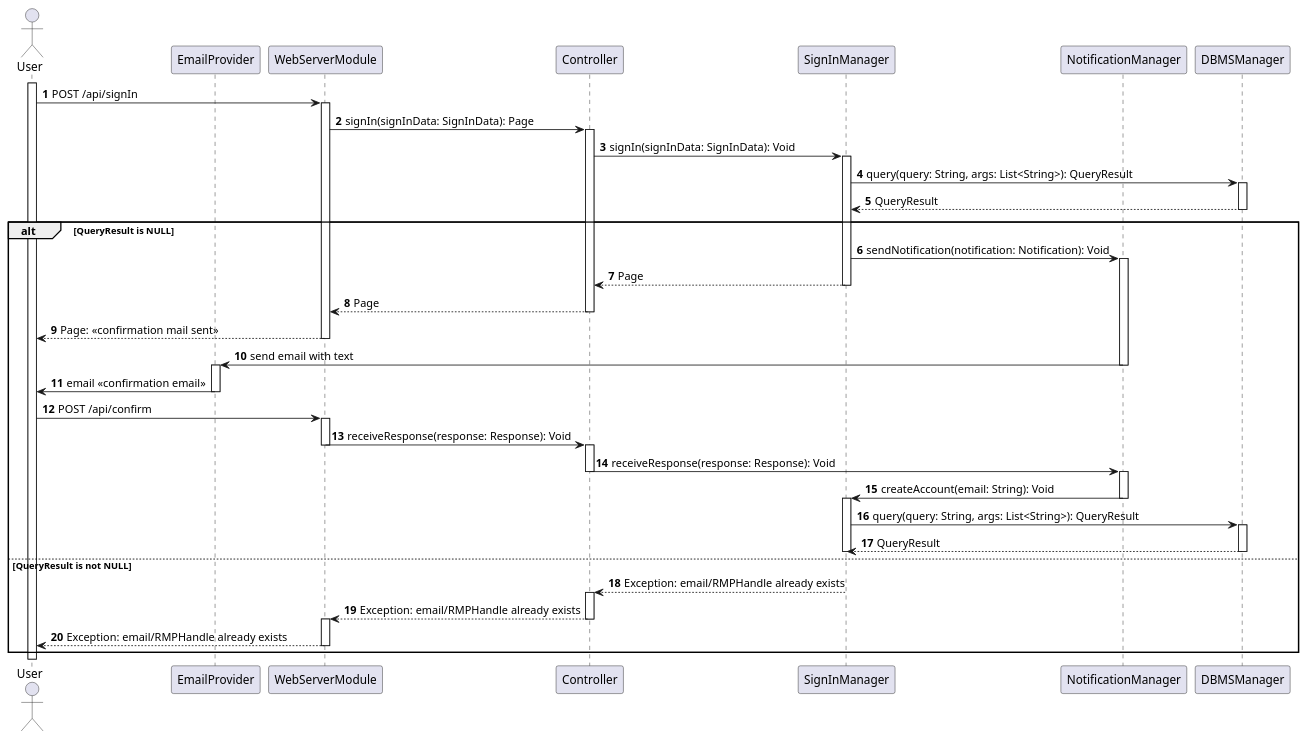
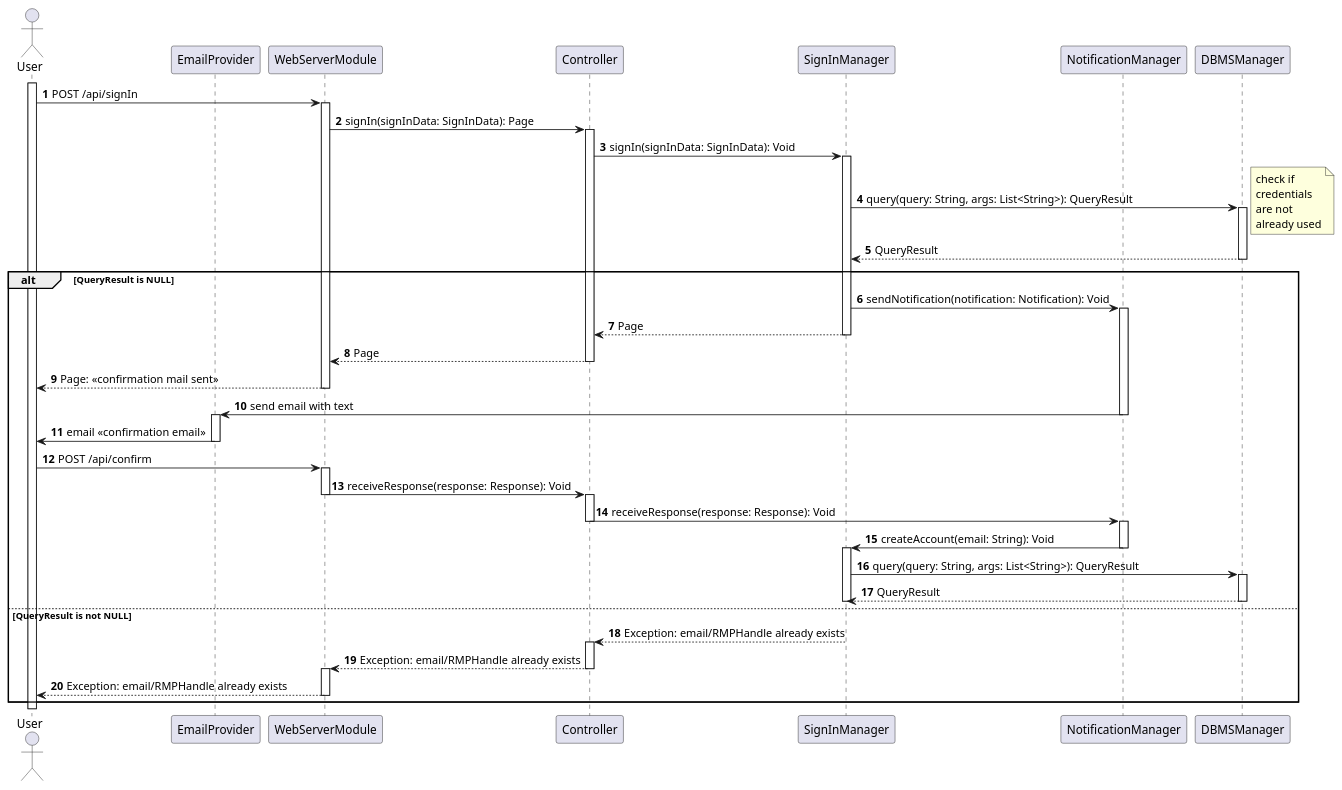
Before and after one commit to Angelo7672/SE2_Requirement-and-Design-Document: the diagram in _DD/Images/sequenceDiagrams/signIn.wsd, drawn with PlantUML. The commit also changed 5 other files, not shown here.

Commit message:
first 6 sequence diagram update

```diff
--- a/_DD/Images/sequenceDiagrams/signIn.wsd
+++ b/_DD/Images/sequenceDiagrams/signIn.wsd
@@ -1,64 +1,70 @@
 @startuml
 
 autonumber
 
 actor User as U
 participant EmailProvider as EP
 participant WebServerModule as WS
 participant Controller as C
 participant SignInManager as SIM
 participant NotificationManager as NM
 participant DBMSManager as DBMSM
 
 activate U
 U -> WS: POST /api/signIn
 activate WS
 WS -> C: signIn(signInData: SignInData): Page
 activate C
 C -> SIM: signIn(signInData: SignInData): Void
 activate SIM
 SIM -> DBMSM: query(query: String, args: List<String>): QueryResult
+note right
+    check if 
+    credentials
+    are not 
+    already used
+end note
 activate DBMSM
 DBMSM --> SIM: QueryResult
 deactivate DBMSM
 alt QueryResult is NULL
     SIM -> NM: sendNotification(notification: Notification): Void
     activate NM
     SIM --> C: Page
     deactivate SIM
     C --> WS: Page
     deactivate C
     WS --> U: Page: <<confirmation mail sent>>
     deactivate WS
     NM -> EP: send email with text
     deactivate NM
     activate EP
     EP -> U: email <<confirmation email>>
     deactivate EP
     U -> WS: POST /api/confirm
     activate WS
     WS -> C: receiveResponse(response: Response): Void
     deactivate WS
     activate C
     C -> NM: receiveResponse(response: Response): Void
     deactivate C
     activate NM
     NM -> SIM: createAccount(email: String): Void
     deactivate NM
     activate SIM
     SIM -> DBMSM: query(query: String, args: List<String>): QueryResult
     activate DBMSM
     DBMSM --> SIM: QueryResult
     deactivate DBMSM
     deactivate SIM
 else QueryResult is not NULL
     SIM --> C: Exception: email/RMPHandle already exists
     activate C
     C --> WS: Exception: email/RMPHandle already exists
     deactivate C
     activate WS
     WS --> U: Exception: email/RMPHandle already exists
     deactivate WS
 end
 
 @enduml
```
